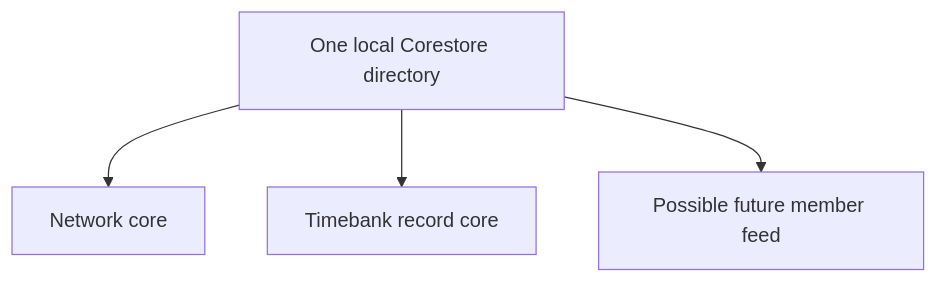
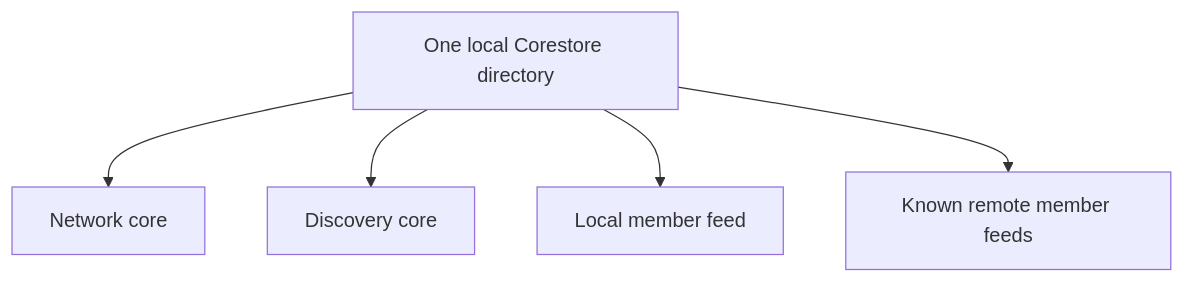
The diagram in docs/education/19-corestore.md (matthewlovestocode/peer-hours), drawn with Mermaid before and after one commit. The commit also changed other lines of this file and 20 other files, not shown here.

````diff
--- a/docs/education/19-corestore.md
+++ b/docs/education/19-corestore.md
@@ -9,6 +9,7 @@
 ```mermaid
 flowchart TB
   S["One local Corestore directory"] --> N["Network core"]
-  S --> R["Timebank record core"]
-  S --> F["Possible future member feed"]
+  S --> D["Discovery core"]
+  S --> F["Local member feed"]
+  S --> R["Known remote member feeds"]
 ```
````
